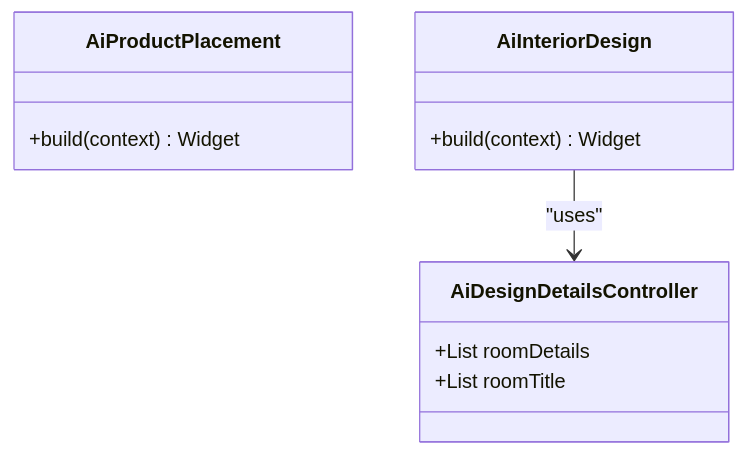
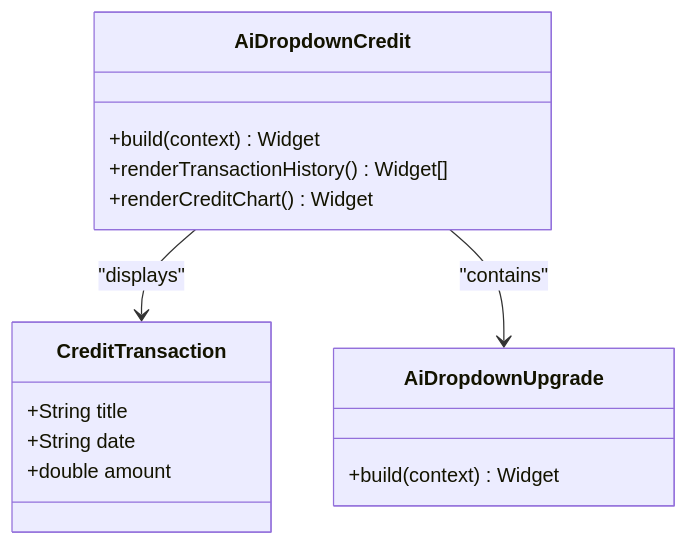
One commit to Ariful3111/FurniGo changed the fifth of 6 diagrams in .qoder/repowiki/en/content/Core Features/AI Design Services/AI Design Services.md. Above: the diagram before and after it, drawn with Mermaid. The commit also changed other lines of this file and 67 other files, not shown here.

````diff
--- a/.qoder/repowiki/en/content/Core Features/AI Design Services/AI Design Services.md
+++ b/.qoder/repowiki/en/content/Core Features/AI Design Services/AI Design Services.md
@@ -315,14 +270,18 @@
 ```mermaid
 classDiagram
-class AiProductPlacement {
+class CreditTransaction {
++String title
++String date
++double amount
+}
+class AiDropdownCredit {
++build(context) Widget
++renderTransactionHistory() Widget[]
++renderCreditChart() Widget
+}
+class AiDropdownUpgrade {
 +build(context) Widget
 }
-class AiInteriorDesign {
-+build(context) Widget
-}
-class AiDesignDetailsController {
-+List roomDetails
-+List roomTitle
-}
-AiInteriorDesign --> AiDesignDetailsController : "uses"
+AiDropdownCredit --> CreditTransaction : "displays"
+AiDropdownCredit --> AiDropdownUpgrade : "contains"
 ```
````
